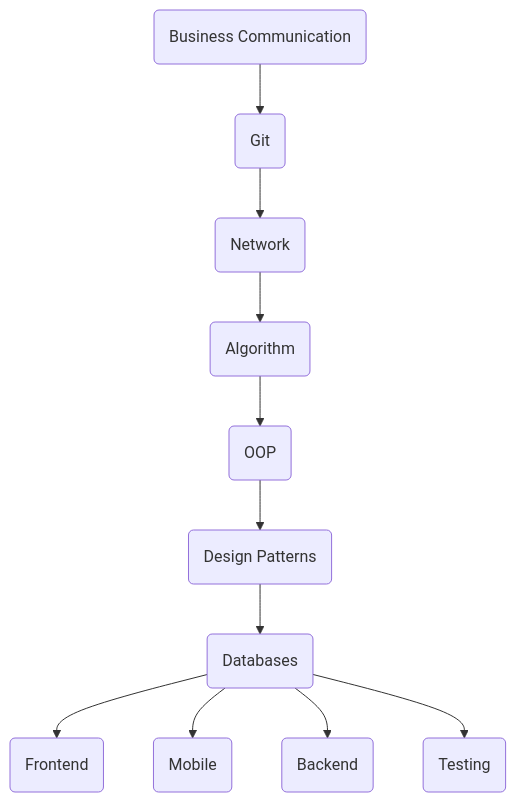
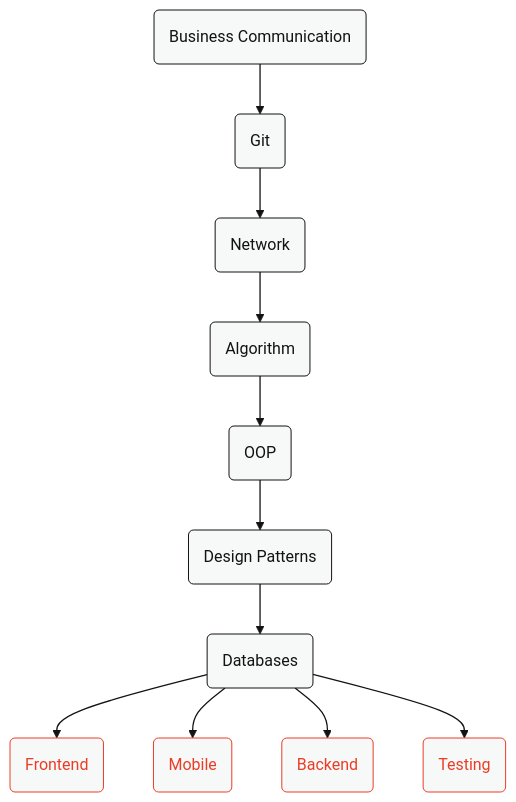
One commit to ArtemySinitsa/BackendBoost changed the diagram in roadmaps/fundamentals/readme.md. Above: the diagram before and after it, drawn with Mermaid.

Commit message:
feat: add styles

````diff
--- a/roadmaps/fundamentals/readme.md
+++ b/roadmaps/fundamentals/readme.md
@@ -14,29 +14,42 @@
 ```mermaid
+%%{init: { "fontFamily": "Sans-Serif" } }%%
+
 graph TD
     business-communication(Business Communication) --> git(Git)
     git --> network(Network)
     network --> algorithm(Algorithm)
     algorithm --> oop(OOP)
     oop --> patterns(Design Patterns)
     patterns --> databases(Databases)
     databases --> frontend(Frontend)
     databases --> mobile(Mobile)
     databases --> backend(Backend)
     databases --> testing(Testing)
 
 %% Skills
 click business-communication "ArtemySinitsa/labs/blob/main/skills/business-communication/readme.md"
 click git "ArtemySinitsa/labs/blob/main/skills/git/readme.md"
 click network "ArtemySinitsa/labs/blob/main/skills/network/readme.md"
 click algorithm "ArtemySinitsa/labs/blob/main/skills/algorithm/readme.md"
 click oop "ArtemySinitsa/labs/blob/main/skills/oop/readme.md"
 click patterns "ArtemySinitsa/labs/blob/main/skills/patterns/readme.md"
 click databases "ArtemySinitsa/labs/blob/main/skills/databases/readme.md"
 
+
+class business-communication,git,network,algorithm,oop,patterns,databases skill
+
+
 %% Roadmaps
 click frontend "ArtemySinitsa/labs/blob/main/roadmaps/frontend/readme.md"
 click testing "ArtemySinitsa/labs/blob/main/roadmaps/testing/readme.md"
 click mobile "ArtemySinitsa/labs/blob/main/roadmaps/mobile/readme.md"
 click backend "ArtemySinitsa/labs/blob/main/roadmaps/backend/readme.md"
 
+class frontend,testing,mobile,backend roadmap
+
+classDef skill fill:#f7f8f8,stroke:#131314,stroke-width:1px,color:#131314
+classDef roadmap fill:#f7f8f8,stroke:#EB3D26,stroke-width:1px,color:#EB3D26
+
+linkStyle default fill:none,stroke-width:1.3px,stroke:#131314
+
 ```
````
